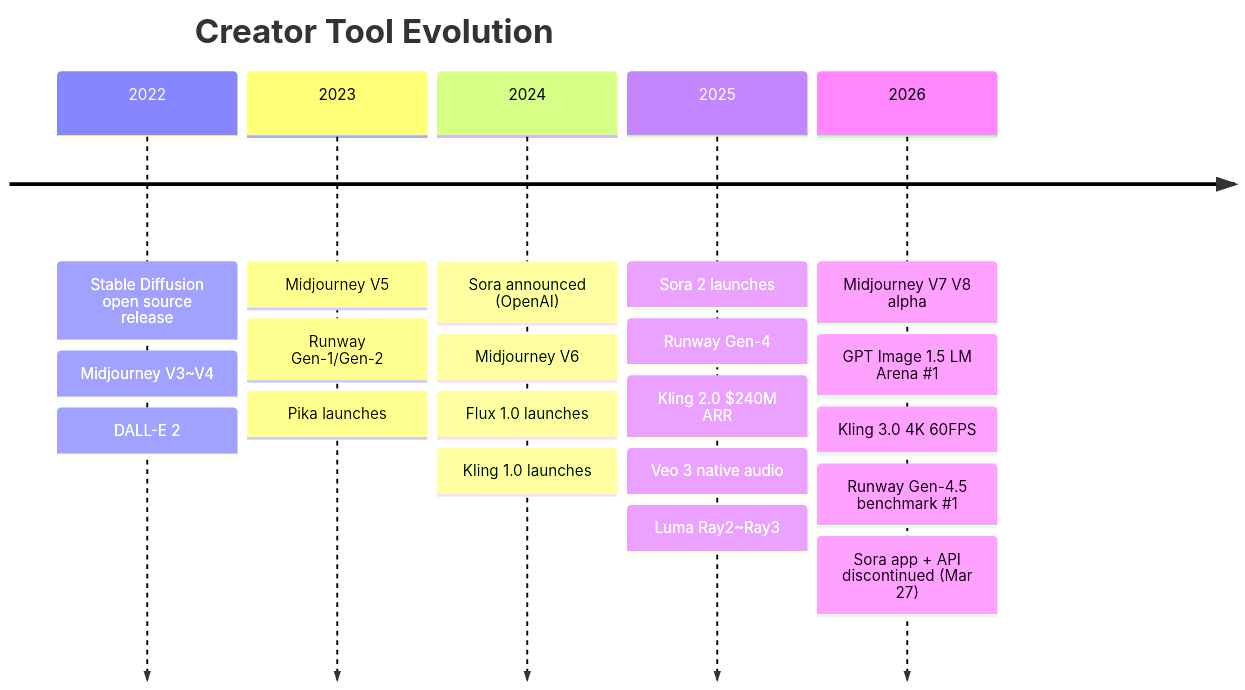
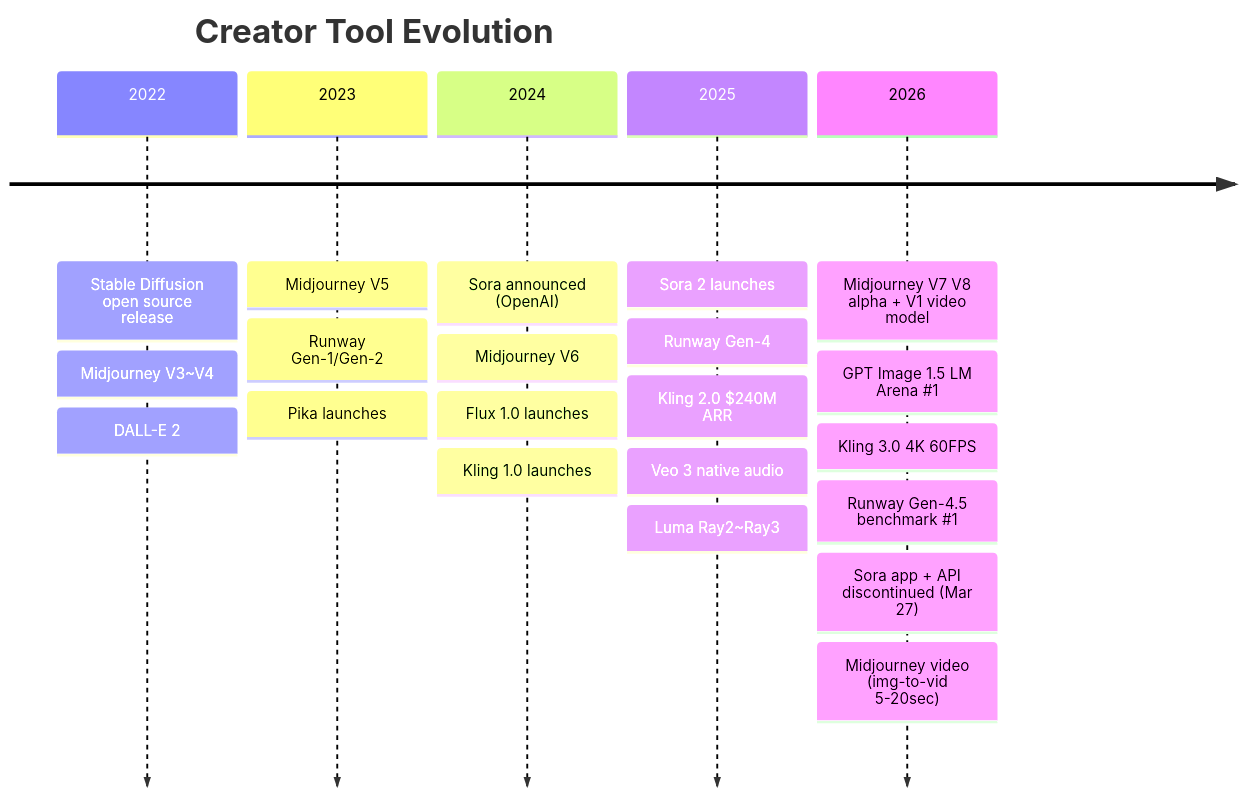
The eighth of 11 diagrams in README.md (Lazere4385/ai-whatchelin), drawn with Mermaid before and after one commit. The commit also changed other lines of this file and 2 other files, not shown here.

````diff
--- a/README.md
+++ b/README.md
@@ -547,24 +573,25 @@
 ```mermaid
 timeline
     title Creator Tool Evolution
     2022 : Stable Diffusion open source release
          : Midjourney V3~V4
          : DALL-E 2
     2023 : Midjourney V5
          : Runway Gen-1/Gen-2
          : Pika launches
     2024 : Sora announced (OpenAI)
          : Midjourney V6
          : Flux 1.0 launches
          : Kling 1.0 launches
     2025 : Sora 2 launches
          : Runway Gen-4
          : Kling 2.0 $240M ARR
          : Veo 3 native audio
          : Luma Ray2~Ray3
-    2026 : Midjourney V7 V8 alpha
+    2026 : Midjourney V7 V8 alpha + V1 video model
          : GPT Image 1.5 LM Arena #1
          : Kling 3.0 4K 60FPS
          : Runway Gen-4.5 benchmark #1
          : Sora app + API discontinued (Mar 27)
+         : Midjourney video (img-to-vid 5-20sec)
 ```
````
